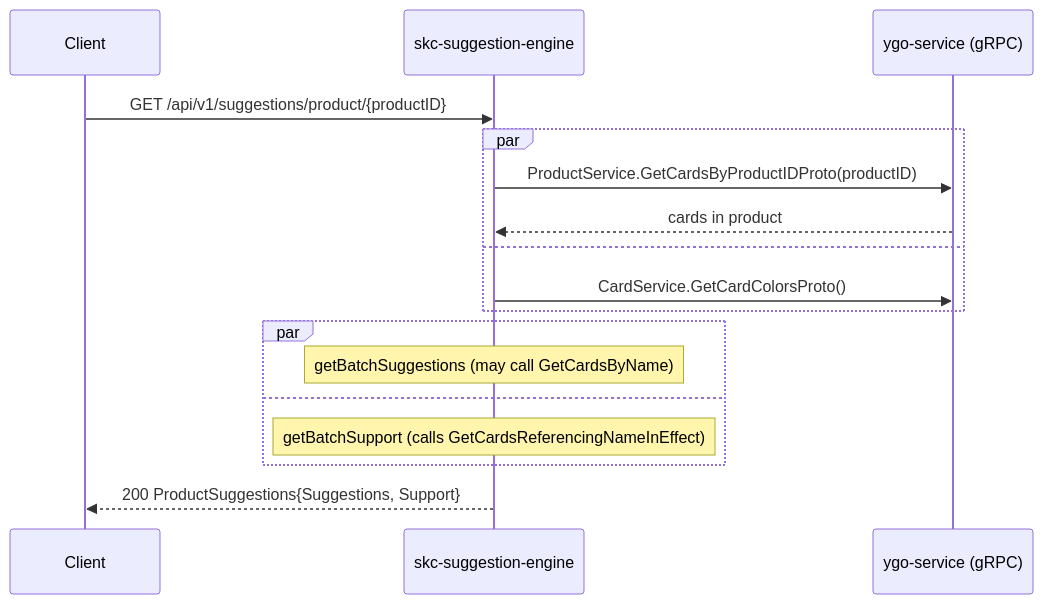
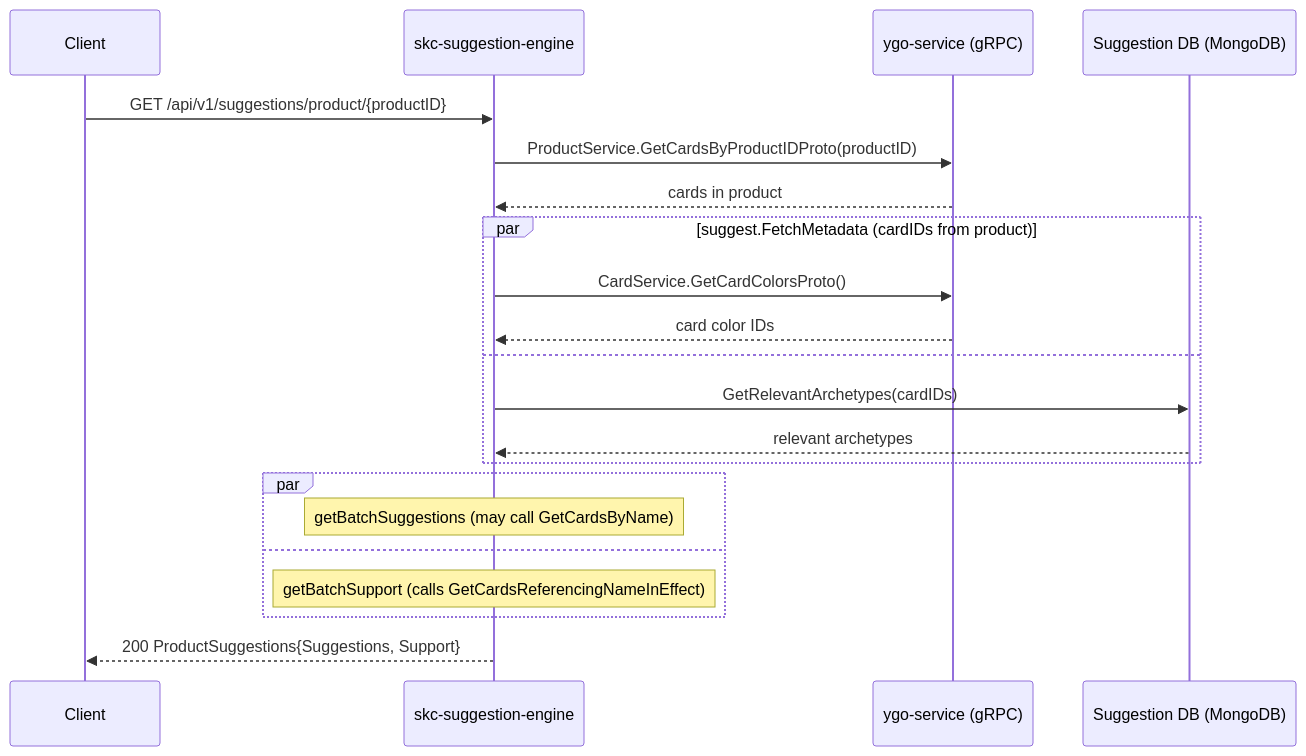
Before and after one commit to ygo-skc/skc-suggestion-engine: the ninth of 13 diagrams in SYSTEM_DESIGN.md, drawn with Mermaid. The commit also changed other lines of this file, not shown here.

````diff
--- a/SYSTEM_DESIGN.md
+++ b/SYSTEM_DESIGN.md
@@ -175,20 +193,24 @@
 ```mermaid
 sequenceDiagram
     participant Client
     participant API as skc-suggestion-engine
     participant YGO as ygo-service (gRPC)
+    participant DB as Suggestion DB (MongoDB)
 
     Client->>API: GET /api/v1/suggestions/product/{productID}
-    par
-        API->>YGO: ProductService.GetCardsByProductIDProto(productID)
-        YGO-->>API: cards in product
+    API->>YGO: ProductService.GetCardsByProductIDProto(productID)
+    YGO-->>API: cards in product
+    par suggest.FetchMetadata (cardIDs from product)
+        API->>YGO: CardService.GetCardColorsProto()
+        YGO-->>API: card color IDs
     and
-        API->>YGO: CardService.GetCardColorsProto()
+        API->>DB: GetRelevantArchetypes(cardIDs)
+        DB-->>API: relevant archetypes
     end
     par
         Note over API: getBatchSuggestions (may call GetCardsByName)
     and
         Note over API: getBatchSupport (calls GetCardsReferencingNameInEffect)
     end
     API-->>Client: 200 ProductSuggestions{Suggestions, Support}
 ```
````
